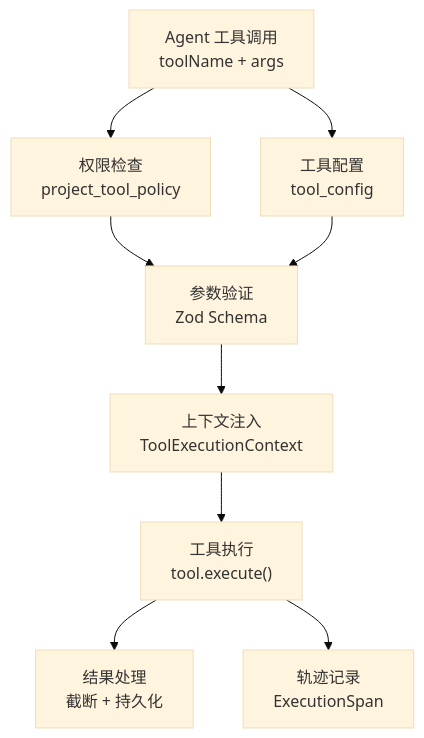
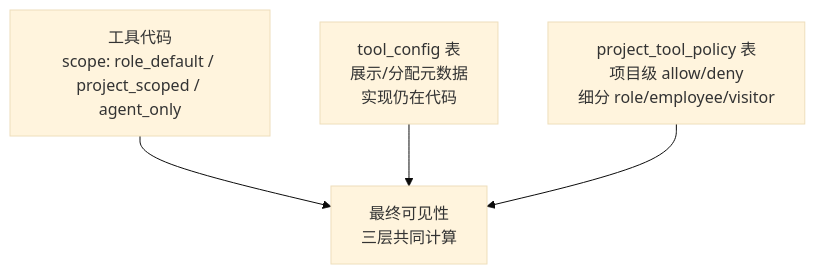
One commit to GGwujun/deep-dive-winmatrix changed the diagram in src/part5-skill-tool/ch14-tool-execution.md. Above: the diagram before and after it, drawn with Mermaid (base theme). The commit also changed other lines of this file and 35 other files, not shown here.

````diff
--- a/src/part5-skill-tool/ch14-tool-execution.md
+++ b/src/part5-skill-tool/ch14-tool-execution.md
@@ -164,25 +551,11 @@
 ```mermaid
 graph TB
-    CALL["Agent 工具调用<br/>toolName + args"]
+    CODE["工具代码<br/>scope: role_default / project_scoped / agent_only"]
+    CONFIG["tool_config 表<br/>展示/分配元数据<br/>实现仍在代码"]
+    POLICY["project_tool_policy 表<br/>项目级 allow/deny<br/>细分 role/employee/visitor"]
+    VISIBLE["最终可见性<br/>三层共同计算"]
 
-    PERM["权限检查<br/>project_tool_policy"]
-    CONFIG["工具配置<br/>tool_config"]
-
-    VALIDATE["参数验证<br/>Zod Schema"]
-
-    CONTEXT["上下文注入<br/>ToolExecutionContext"]
-
-    EXECUTE["工具执行<br/>tool.execute()"]
-
-    RESULT["结果处理<br/>截断 + 持久化"]
-    TRACE["轨迹记录<br/>ExecutionSpan"]
-
-    CALL --> PERM
-    CALL --> CONFIG
-    PERM --> VALIDATE
-    CONFIG --> VALIDATE
-    VALIDATE --> CONTEXT
-    CONTEXT --> EXECUTE
-    EXECUTE --> RESULT
-    EXECUTE --> TRACE
+    CODE --> VISIBLE
+    CONFIG --> VISIBLE
+    POLICY --> VISIBLE
 ```
````
